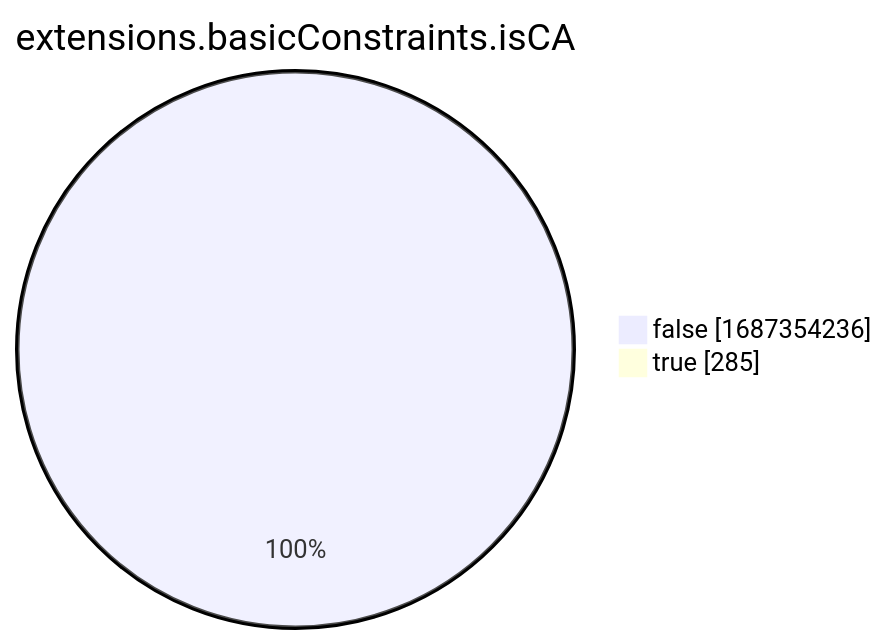
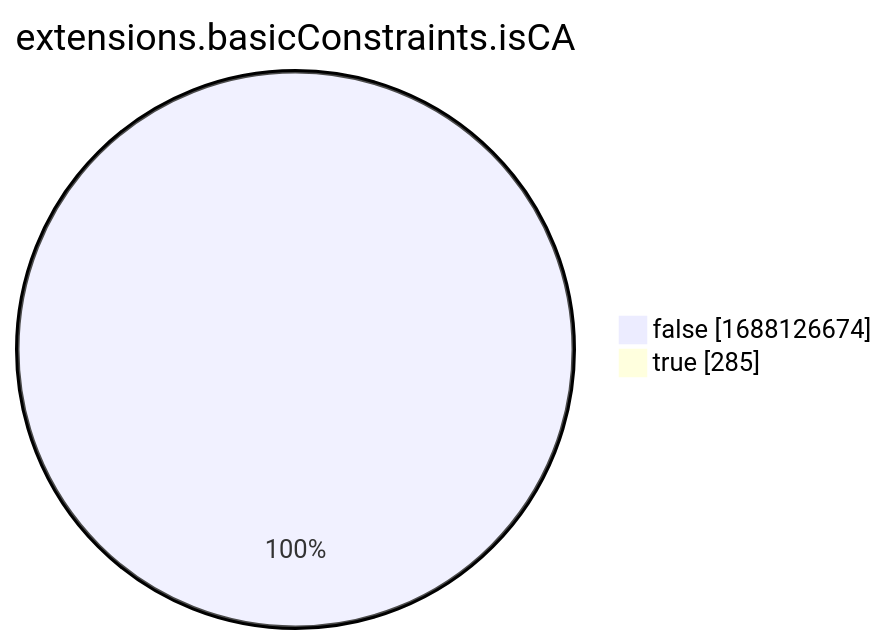
The eighth of 15 diagrams in xenon2022/README.md (christiankrug/ctmonitor_visualization), drawn with Mermaid before and after one commit. The commit also changed other lines of this file, not shown here.

````diff
--- a/xenon2022/README.md
+++ b/xenon2022/README.md
@@ -2865,6 +2865,6 @@
 ```mermaid
 pie showData
 title extensions.basicConstraints.isCA
-"false" :1687354236
+"false" :1688126674
 "true" :285
 ```
````
